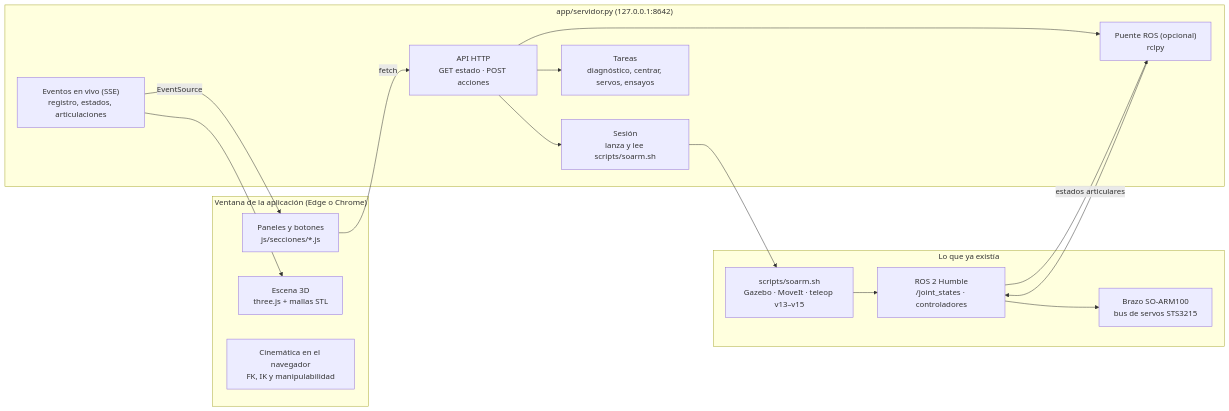
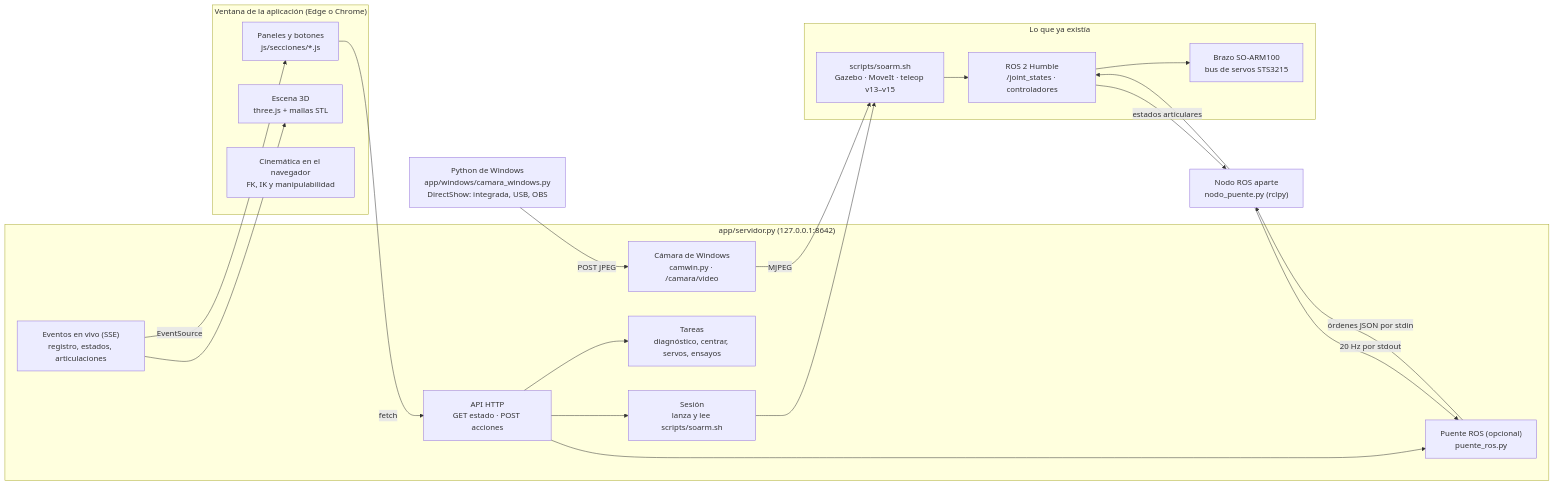
One commit to edangelux/so-arm100-teleop changed the first of 2 diagrams in docs/18-aplicacion-estudio.md. Above: the diagram before and after it, drawn with Mermaid. The commit also changed other lines of this file and 10 other files, not shown here.

Commit message:
Nodo de ROS aparte con reinicio automatico y camara de Windows (integrada, USB u OBS) en WSL2

````diff
--- a/docs/18-aplicacion-estudio.md
+++ b/docs/18-aplicacion-estudio.md
@@ -61,28 +61,32 @@
 ```mermaid
 flowchart LR
   subgraph Ventana["Ventana de la aplicación (Edge o Chrome)"]
     UI["Paneles y botones<br/>js/secciones/*.js"]
     E3D["Escena 3D<br/>three.js + mallas STL"]
     CIN["Cinemática en el navegador<br/>FK, IK y manipulabilidad"]
   end
   subgraph Servidor["app/servidor.py (127.0.0.1:8642)"]
     API["API HTTP<br/>GET estado · POST acciones"]
     SSE["Eventos en vivo (SSE)<br/>registro, estados, articulaciones"]
     SES["Sesión<br/>lanza y lee scripts/soarm.sh"]
     TAR["Tareas<br/>diagnóstico, centrar, servos, ensayos"]
-    PR["Puente ROS (opcional)<br/>rclpy"]
+    PR["Puente ROS (opcional)<br/>puente_ros.py"]
+    CW["Cámara de Windows<br/>camwin.py · /camara/video"]
   end
+  NP["Nodo ROS aparte<br/>nodo_puente.py (rclpy)"]
+  WIN["Python de Windows<br/>app/windows/camara_windows.py<br/>DirectShow: integrada, USB, OBS"]
   subgraph Robot["Lo que ya existía"]
     SH["scripts/soarm.sh<br/>Gazebo · MoveIt · teleop v13–v15"]
     ROS["ROS 2 Humble<br/>/joint_states · controladores"]
     BRAZO["Brazo SO-ARM100<br/>bus de servos STS3215"]
   end
   UI -- "fetch" --> API
   SSE -- "EventSource" --> UI
   SSE --> E3D
   API --> SES --> SH
   API --> TAR
-  API --> PR --> ROS
+  API --> PR -- "órdenes JSON por stdin" --> NP --> ROS
   SH --> ROS --> BRAZO
-  ROS -- "estados articulares" --> PR
+  ROS -- "estados articulares" --> NP -- "20 Hz por stdout" --> PR
+  WIN -- "POST JPEG" --> CW -- "MJPEG" --> SH
 ```
````
